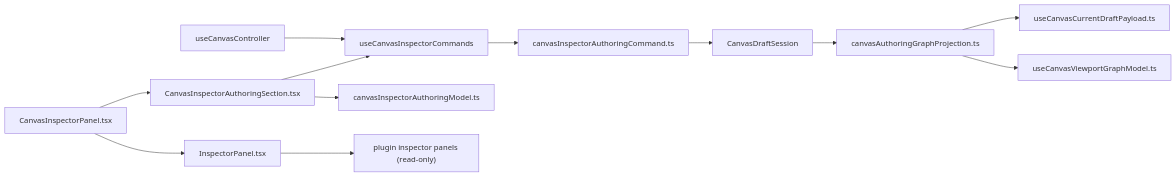
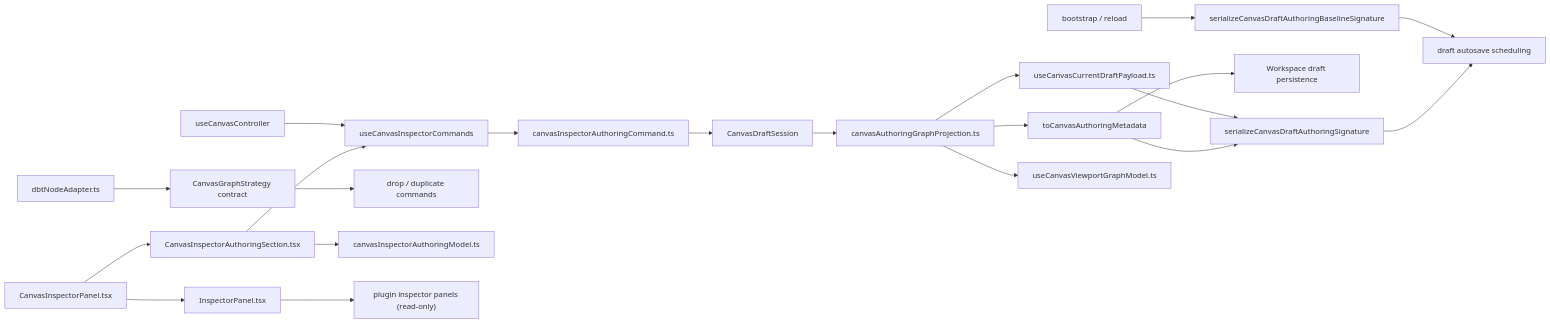
One commit to dunay2/dvt changed the first of 3 diagrams in docs/architecture/components/web/graph/canvas-inspector-authoring-component.md. Above: the diagram before and after it, drawn with Mermaid. The commit also changed other lines of this file and 28 other files, not shown here.

Commit message:
feat(web): Add Canvas authoring metadata DTO

````diff
--- a/docs/architecture/components/web/graph/canvas-inspector-authoring-component.md
+++ b/docs/architecture/components/web/graph/canvas-inspector-authoring-component.md
@@ -89,15 +112,24 @@
 ```mermaid
 flowchart LR
   Controller["useCanvasController"] --> Commands["useCanvasInspectorCommands"]
   Commands --> Command["canvasInspectorAuthoringCommand.ts"]
   Command --> Session["CanvasDraftSession"]
   Session --> Projection["canvasAuthoringGraphProjection.ts"]
   Projection --> Payload["useCanvasCurrentDraftPayload.ts"]
+  Payload --> Signature["serializeCanvasDraftAuthoringSignature"]
+  Projection --> Metadata["toCanvasAuthoringMetadata"]
+  Metadata --> Signature
+  Metadata --> Persist["Workspace draft persistence"]
+  Bootstrap["bootstrap / reload"] --> Baseline["serializeCanvasDraftAuthoringBaselineSignature"]
+  Baseline --> Autosave
+  Signature --> Autosave["draft autosave scheduling"]
   Projection --> Viewport["useCanvasViewportGraphModel.ts"]
+  StrategyContract["CanvasGraphStrategy contract"] --> Drop["drop / duplicate commands"]
+  DbtAdapter["dbtNodeAdapter.ts"] --> StrategyContract
 
   Panel["CanvasInspectorPanel.tsx"] --> Section["CanvasInspectorAuthoringSection.tsx"]
   Panel --> Passive["InspectorPanel.tsx"]
   Section --> Model["canvasInspectorAuthoringModel.ts"]
   Section --> Commands
   Passive --> PluginPanels["plugin inspector panels (read-only)"]
 ```
````
